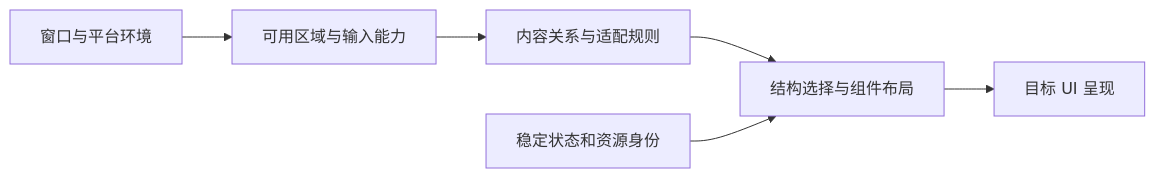
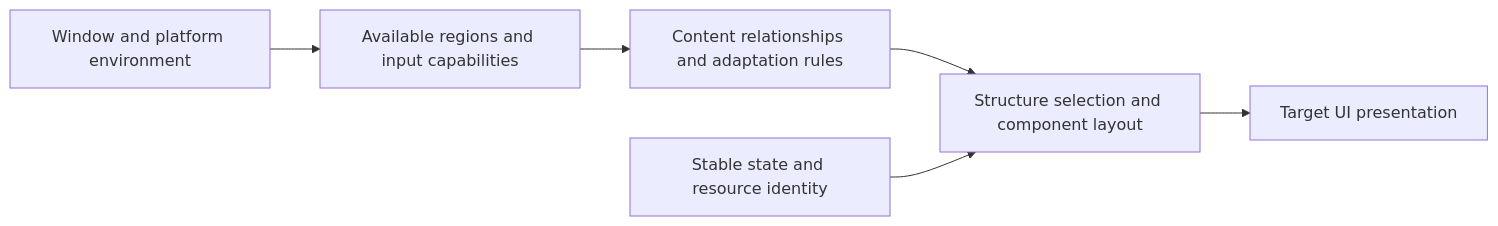
Before and after one commit to AimesSoft/Bern: the diagram in Docs/Adaptation/README.md, drawn with Mermaid. The commit also changed other lines of this file and 59 other files, not shown here.

````diff
--- a/Docs/Adaptation/README.md
+++ b/Docs/Adaptation/README.md
@@ -80,8 +82,8 @@
 ```mermaid
 flowchart LR
-    Env[窗口与平台环境] --> Regions[可用区域与输入能力]
-    Regions --> Policy[内容关系与适配规则]
-    Policy --> Layout[结构选择与组件布局]
-    Layout --> Target[目标 UI 呈现]
-    State[稳定状态和资源身份] --> Layout
+    Env[Window and platform environment] --> Regions[Available regions and input capabilities]
+    Regions --> Policy[Content relationships and adaptation rules]
+    Policy --> Layout[Structure selection and component layout]
+    Layout --> Target[Target UI presentation]
+    State[Stable state and resource identity] --> Layout
 ```
````
